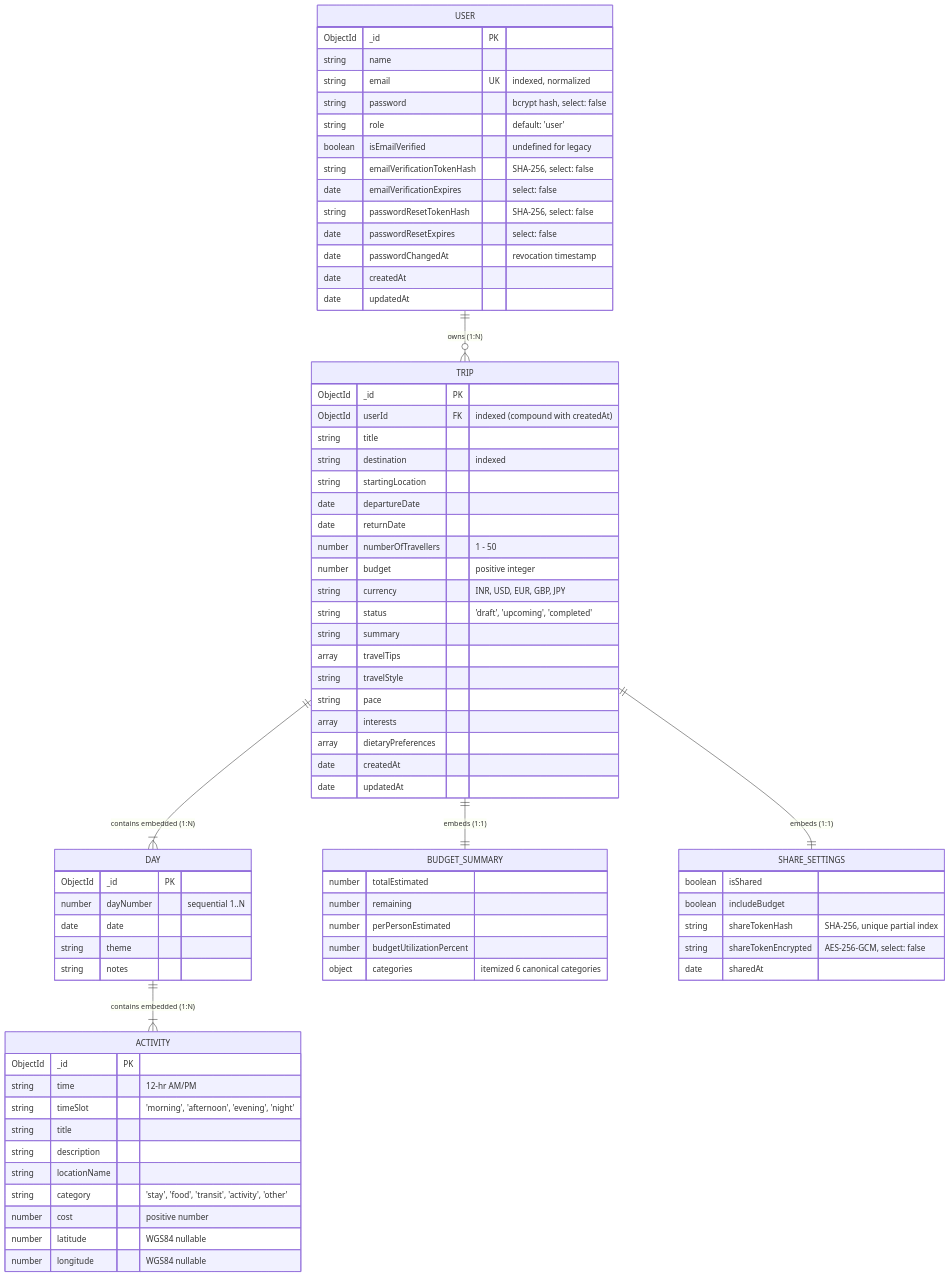
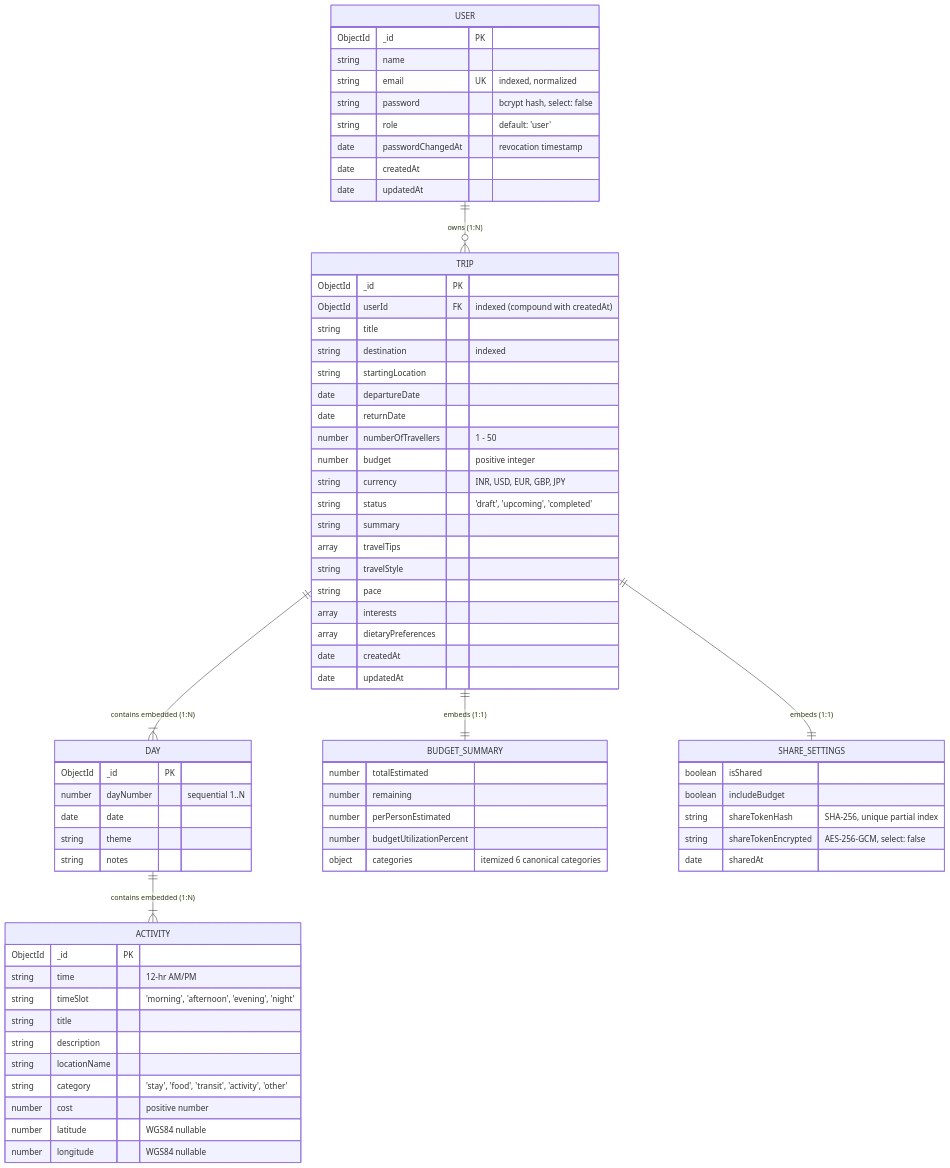
The diagram in docs/DATABASE.md (abhijeet5423/TripMind), drawn with Mermaid before and after one commit. The commit also changed other lines of this file and 30 other files, not shown here.

```diff
--- a/docs/DATABASE.md
+++ b/docs/DATABASE.md
@@ -22,11 +22,6 @@
         string email UK "indexed, normalized"
         string password "bcrypt hash, select: false"
         string role "default: 'user'"
-        boolean isEmailVerified "undefined for legacy"
-        string emailVerificationTokenHash "SHA-256, select: false"
-        date emailVerificationExpires "select: false"
-        string passwordResetTokenHash "SHA-256, select: false"
-        date passwordResetExpires "select: false"
         date passwordChangedAt "revocation timestamp"
         date createdAt
         date updatedAt
```
